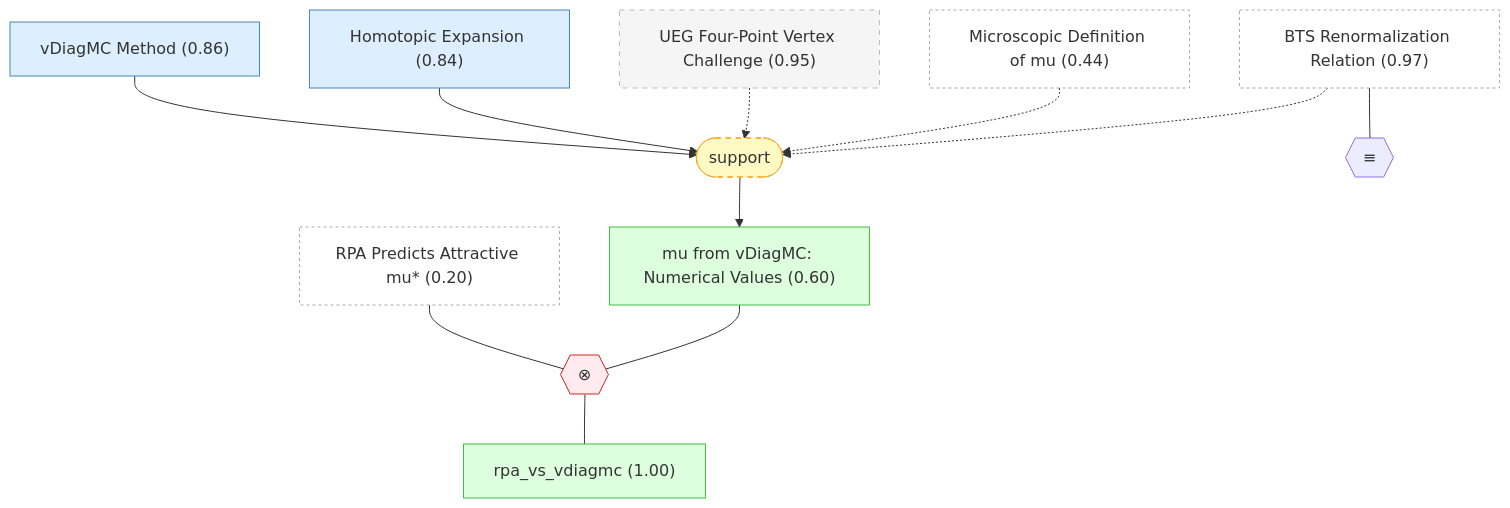
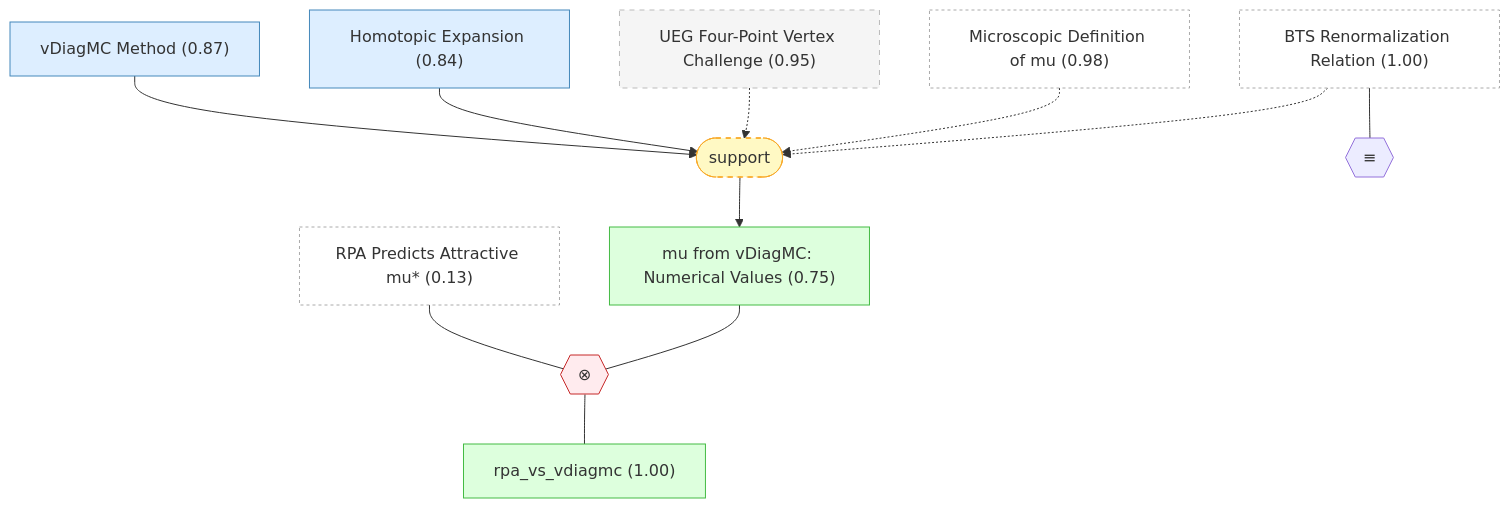
Before and after one commit to kunyuan/SuperconductivityElectronLiquids.gaia: the fourth of 6 diagrams in docs/detailed-reasoning.md, drawn with Mermaid. The commit also changed other lines of this file and 44 other files, not shown here.

````diff
--- a/docs/detailed-reasoning.md
+++ b/docs/detailed-reasoning.md
@@ -552,34 +552,34 @@
 ```mermaid
 graph TD
-    bts_renormalization["BTS Renormalization Relation (0.97)"]:::external
-    rpa_predicts_attractive_mu["RPA Predicts Attractive mu#ast; (0.20)"]:::external
-    mu_microscopic_definition["Microscopic Definition of mu (0.44)"]:::external
+    bts_renormalization["BTS Renormalization Relation (1.00)"]:::external
+    rpa_predicts_attractive_mu["RPA Predicts Attractive mu#ast; (0.13)"]:::external
+    mu_microscopic_definition["Microscopic Definition of mu (0.98)"]:::external
     ueg_vertex_challenge["UEG Four-Point Vertex Challenge (0.95)"]:::background
-    vdiagmc_method["vDiagMC Method (0.86)"]:::premise
+    vdiagmc_method["vDiagMC Method (0.87)"]:::premise
     homotopic_expansion["Homotopic Expansion (0.84)"]:::premise
-    mu_vdiagmc_values["mu from vDiagMC: Numerical Values (0.60)"]:::derived
+    mu_vdiagmc_values["mu from vDiagMC: Numerical Values (0.75)"]:::derived
     rpa_vs_vdiagmc["rpa_vs_vdiagmc (1.00)"]:::derived
     strat_10(["support"]):::weak
     vdiagmc_method --> strat_10
     homotopic_expansion --> strat_10
     ueg_vertex_challenge -.-> strat_10
     mu_microscopic_definition -.-> strat_10
     bts_renormalization -.-> strat_10
     strat_10 --> mu_vdiagmc_values
     oper_1{{"≡"}}
     bts_renormalization --- oper_1
     oper_2{{"⊗"}}:::contra
     rpa_predicts_attractive_mu --- oper_2
     mu_vdiagmc_values --- oper_2
     oper_2 --- rpa_vs_vdiagmc
 
     classDef setting fill:#f0f0f0,stroke:#999,color:#333
     classDef premise fill:#ddeeff,stroke:#4488bb,color:#333
     classDef derived fill:#ddffdd,stroke:#44bb44,color:#333
     classDef question fill:#fff3dd,stroke:#cc9944,color:#333
     classDef background fill:#f5f5f5,stroke:#bbb,stroke-dasharray: 5 5,color:#333
     classDef orphan fill:#fff,stroke:#ccc,stroke-dasharray: 5 5,color:#333
     classDef external fill:#fff,stroke:#aaa,stroke-dasharray: 3 3,color:#333
     classDef weak fill:#fff9c4,stroke:#f9a825,stroke-dasharray: 5 5,color:#333
     classDef contra fill:#ffebee,stroke:#c62828,color:#333
 ```
````
